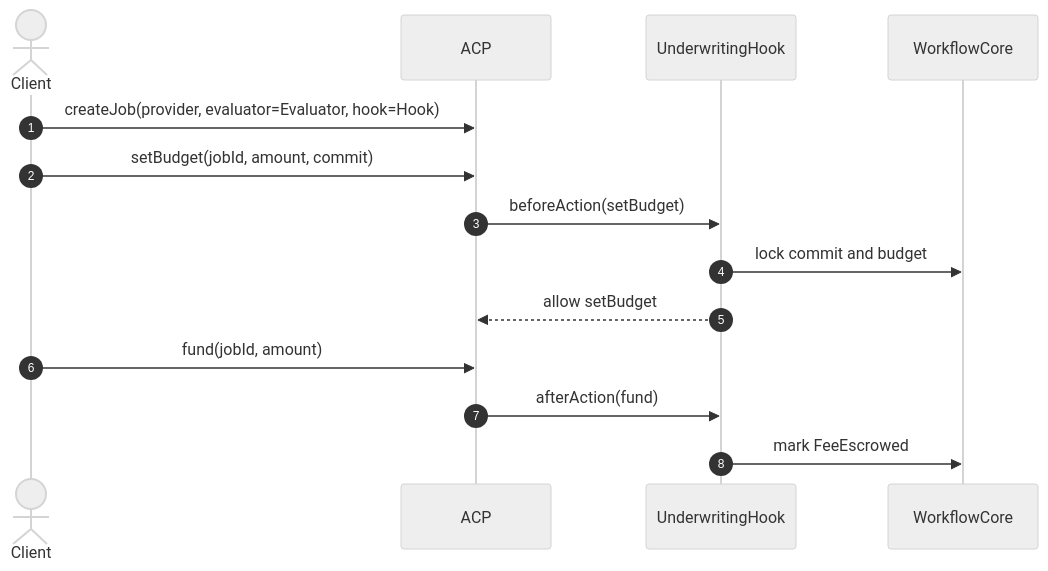
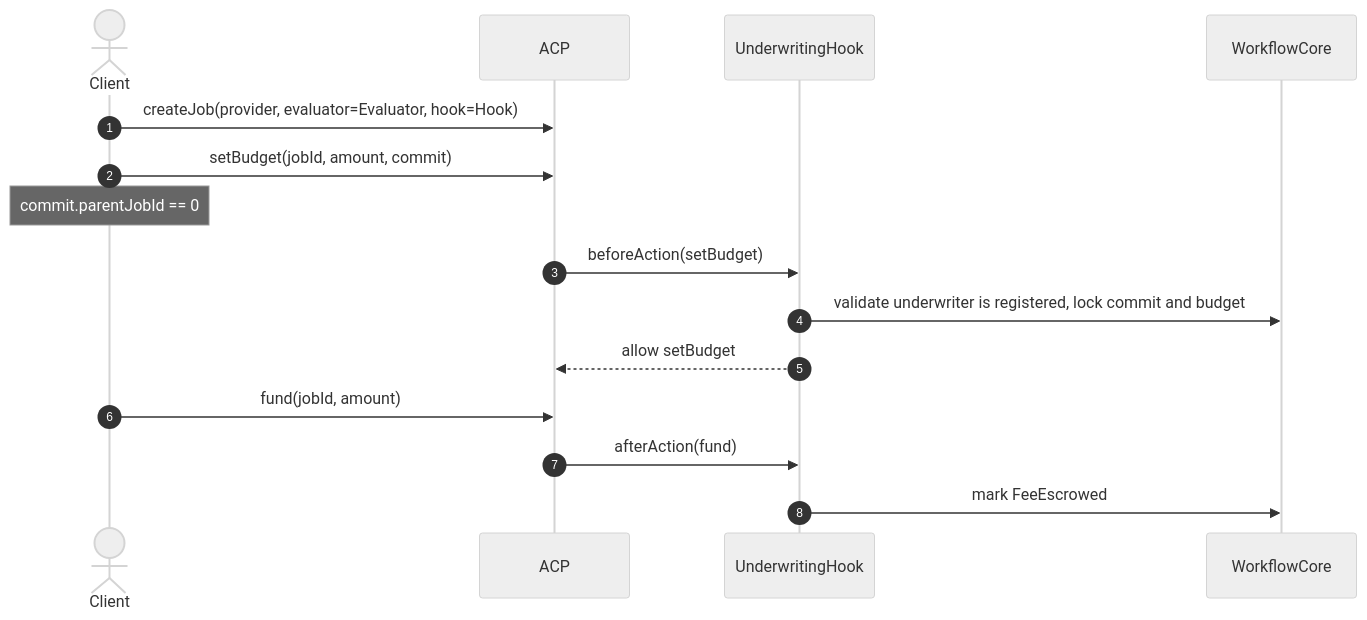
Before and after one commit to tsubasakong/hook-contracts: the second of 6 diagrams in docs/underwriting-hook-example-sequence.md, drawn with Mermaid (neutral theme). The commit also changed other lines of this file and 1 other file, not shown here.

First line of the commit message:
docs: clarify how setBudget commit payload discriminates job types

````diff
--- a/docs/underwriting-hook-example-sequence.md
+++ b/docs/underwriting-hook-example-sequence.md
@@ -45,17 +62,18 @@
 ```mermaid
 sequenceDiagram
     autonumber
     actor Client
     participant ACP as ACP
     participant Hook as UnderwritingHook
     participant Flow as WorkflowCore
 
     Client->>ACP: createJob(provider, evaluator=Evaluator, hook=Hook)
     Client->>ACP: setBudget(jobId, amount, commit)
+    Note over Client: commit.parentJobId == 0
     ACP->>Hook: beforeAction(setBudget)
-    Hook->>Flow: lock commit and budget
+    Hook->>Flow: validate underwriter is registered, lock commit and budget
     Hook-->>ACP: allow setBudget
     Client->>ACP: fund(jobId, amount)
     ACP->>Hook: afterAction(fund)
     Hook->>Flow: mark FeeEscrowed
 ```
````
